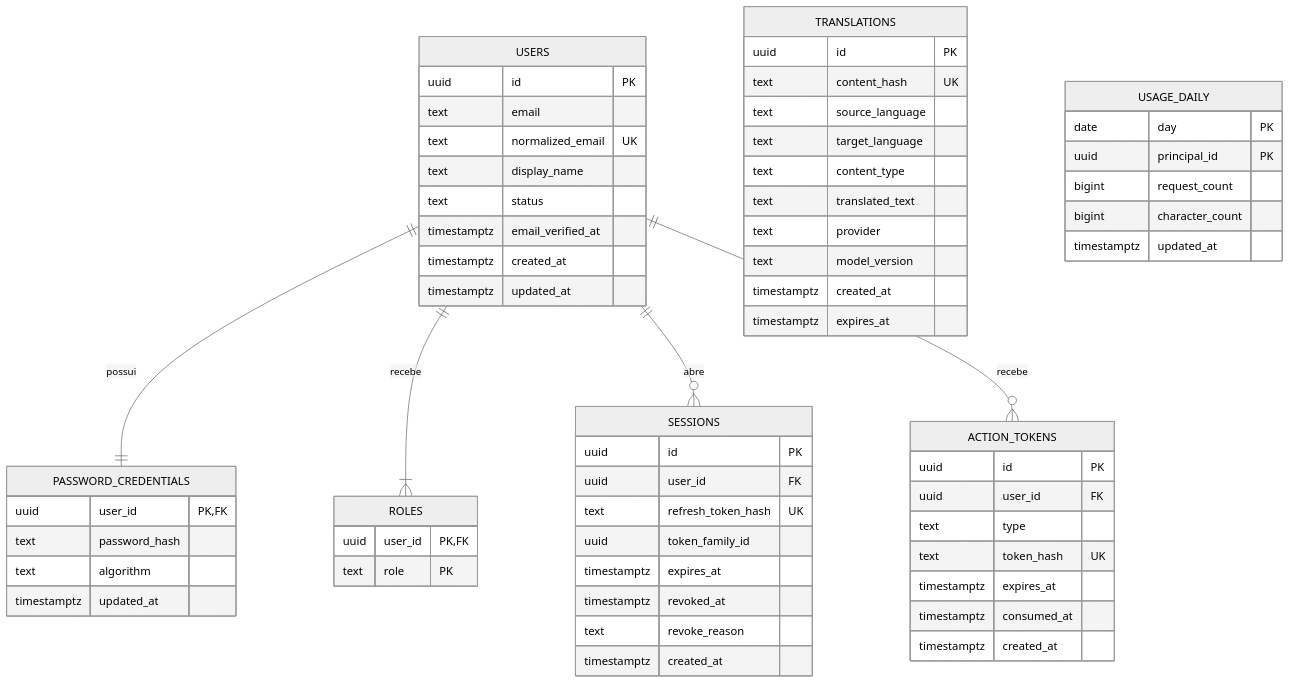
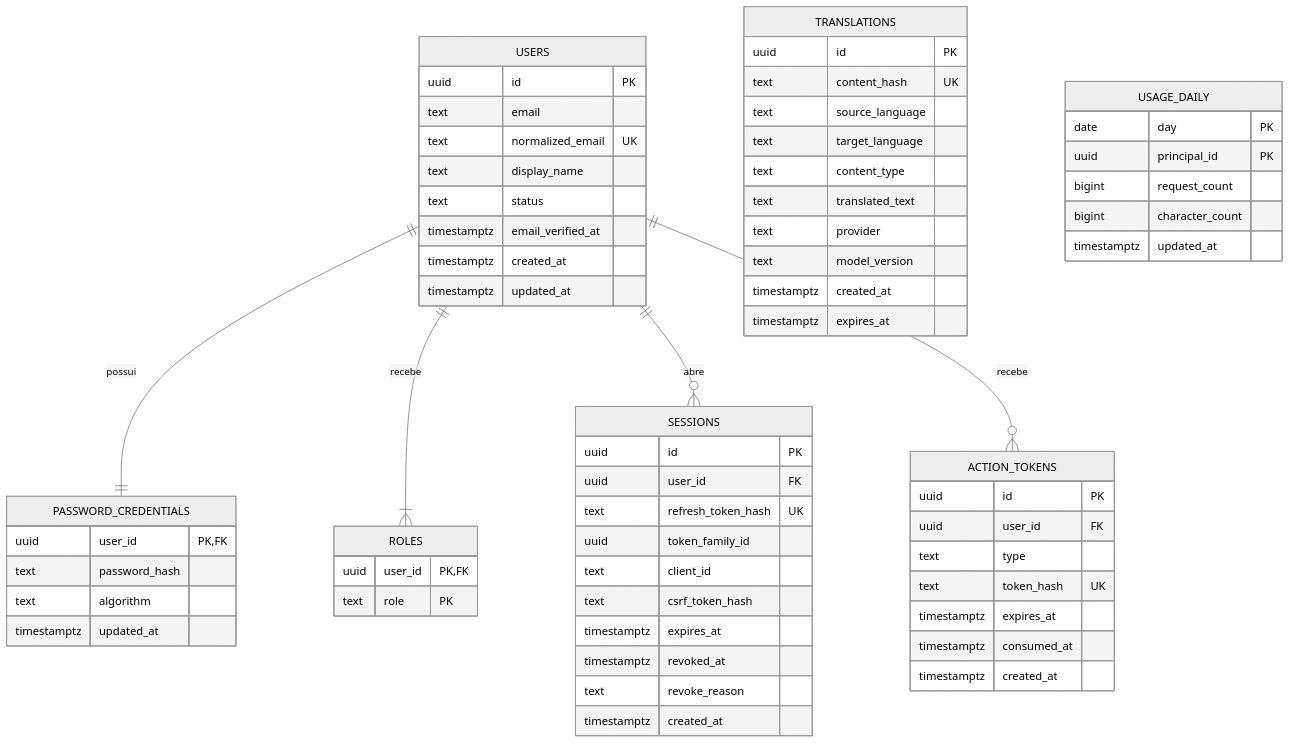
The sixth of 14 diagrams in docs/modelagem.md (Drufontael/mykytadu-api), drawn with Mermaid (neutral theme) before and after one commit. The commit also changed other lines of this file and 11 other files, not shown here.

````diff
--- a/docs/modelagem.md
+++ b/docs/modelagem.md
@@ -295,66 +298,68 @@
 ```mermaid
 erDiagram
     USERS {
         uuid id PK
         text email
         text normalized_email UK
         text display_name
         text status
         timestamptz email_verified_at
         timestamptz created_at
         timestamptz updated_at
     }
     PASSWORD_CREDENTIALS {
         uuid user_id PK,FK
         text password_hash
         text algorithm
         timestamptz updated_at
     }
     ROLES {
         uuid user_id PK,FK
         text role PK
     }
     SESSIONS {
         uuid id PK
         uuid user_id FK
         text refresh_token_hash UK
         uuid token_family_id
+        text client_id
+        text csrf_token_hash
         timestamptz expires_at
         timestamptz revoked_at
         text revoke_reason
         timestamptz created_at
     }
     ACTION_TOKENS {
         uuid id PK
         uuid user_id FK
         text type
         text token_hash UK
         timestamptz expires_at
         timestamptz consumed_at
         timestamptz created_at
     }
     TRANSLATIONS {
         uuid id PK
         text content_hash UK
         text source_language
         text target_language
         text content_type
         text translated_text
         text provider
         text model_version
         timestamptz created_at
         timestamptz expires_at
     }
     USAGE_DAILY {
         date day PK
         uuid principal_id PK
         bigint request_count
         bigint character_count
         timestamptz updated_at
     }
 
     USERS ||--|| PASSWORD_CREDENTIALS : possui
     USERS ||--|{ ROLES : recebe
     USERS ||--o{ SESSIONS : abre
     USERS ||--o{ ACTION_TOKENS : recebe
 ```
````
